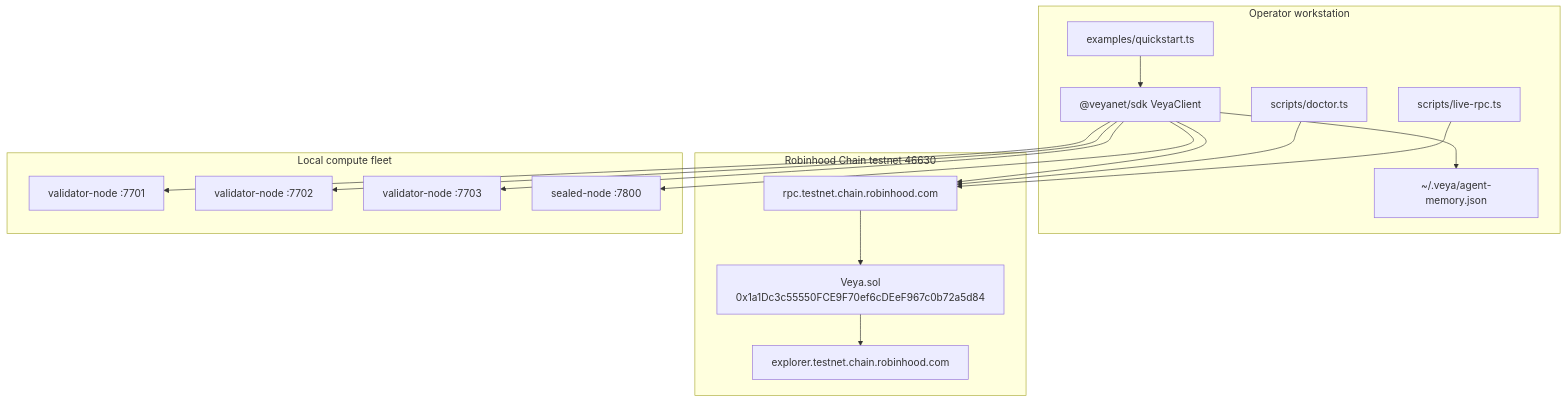
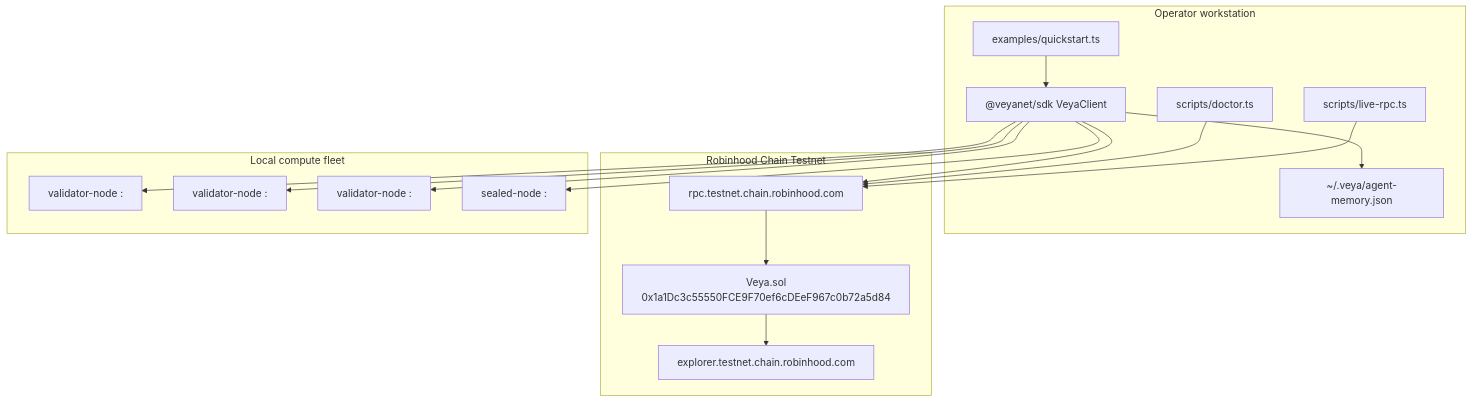
The first of 2 diagrams in docs/DEPLOYMENT.md (veyanet/veya-sdk), drawn with Mermaid before and after one commit. The commit also changed other lines of this file, not shown here.

````diff
--- a/docs/DEPLOYMENT.md
+++ b/docs/DEPLOYMENT.md
@@ -52,35 +73,35 @@
 ```mermaid
 flowchart TB
     subgraph Operator["Operator workstation"]
         SDK["@veyanet/sdk VeyaClient"]
         EX["examples/quickstart.ts"]
         DOC["scripts/doctor.ts"]
         LIVE["scripts/live-rpc.ts"]
         MEM["~/.veya/agent-memory.json"]
     end
 
-    subgraph Chain["Robinhood Chain testnet 46630"]
+    subgraph Chain["Robinhood Chain Testnet"]
         RPC["rpc.testnet.chain.robinhood.com"]
         VEYA["Veya.sol\n0x1a1Dc3c55550FCE9F70ef6cDEeF967c0b72a5d84"]
         EXP["explorer.testnet.chain.robinhood.com"]
     end
 
     subgraph Compute["Local compute fleet"]
-        V1["validator-node :7701"]
-        V2["validator-node :7702"]
-        V3["validator-node :7703"]
-        Seal["sealed-node :7800"]
+        V1["validator-node :<port-1>"]
+        V2["validator-node :<port-2>"]
+        V3["validator-node :<port-3>"]
+        Seal["sealed-node :<sealed-port>"]
     end
 
     SDK --> RPC
     RPC --> VEYA
     VEYA --> EXP
     SDK --> V1
     SDK --> V2
     SDK --> V3
     SDK --> Seal
     SDK --> MEM
     DOC --> RPC
     LIVE --> RPC
     EX --> SDK
 ```
````
